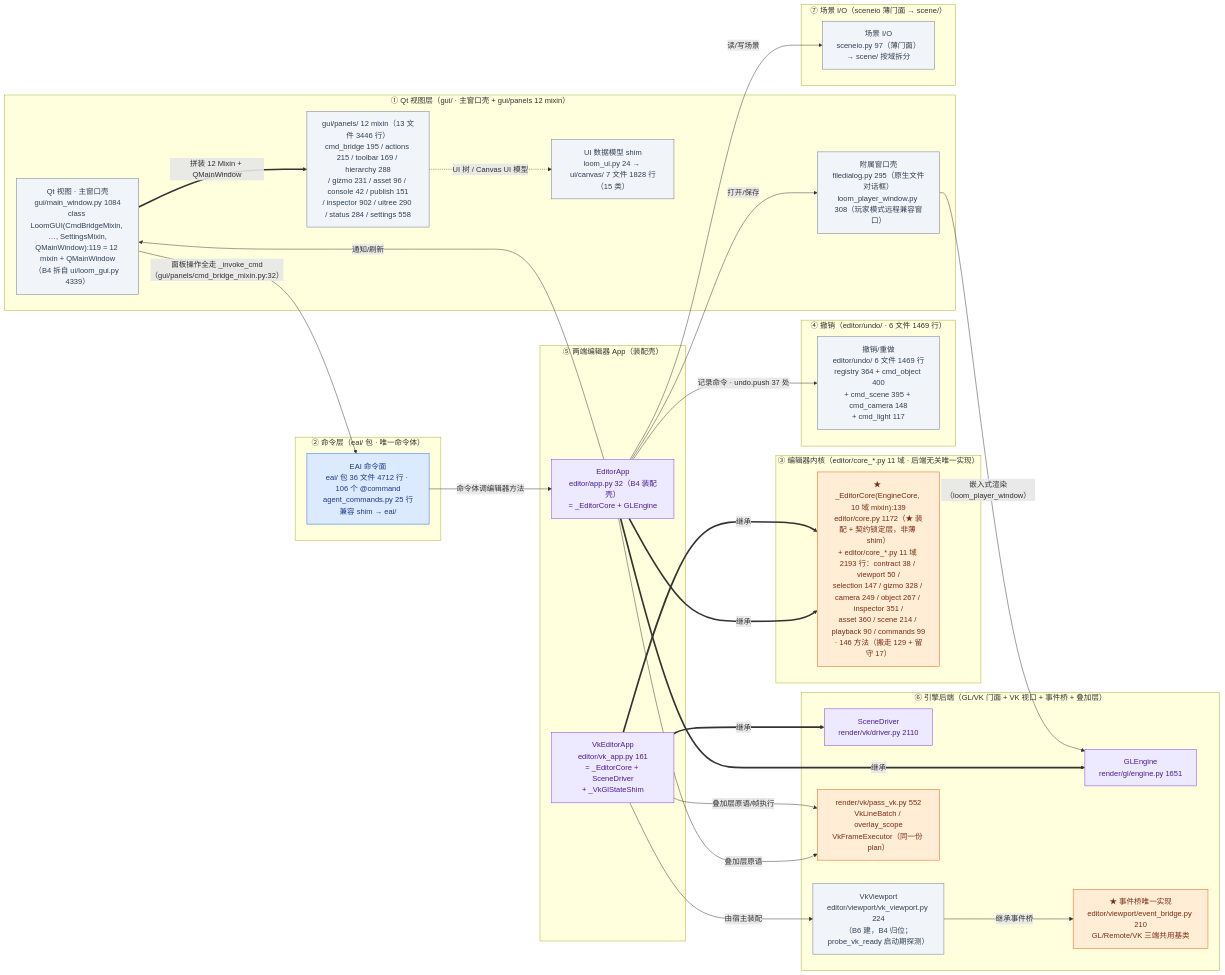
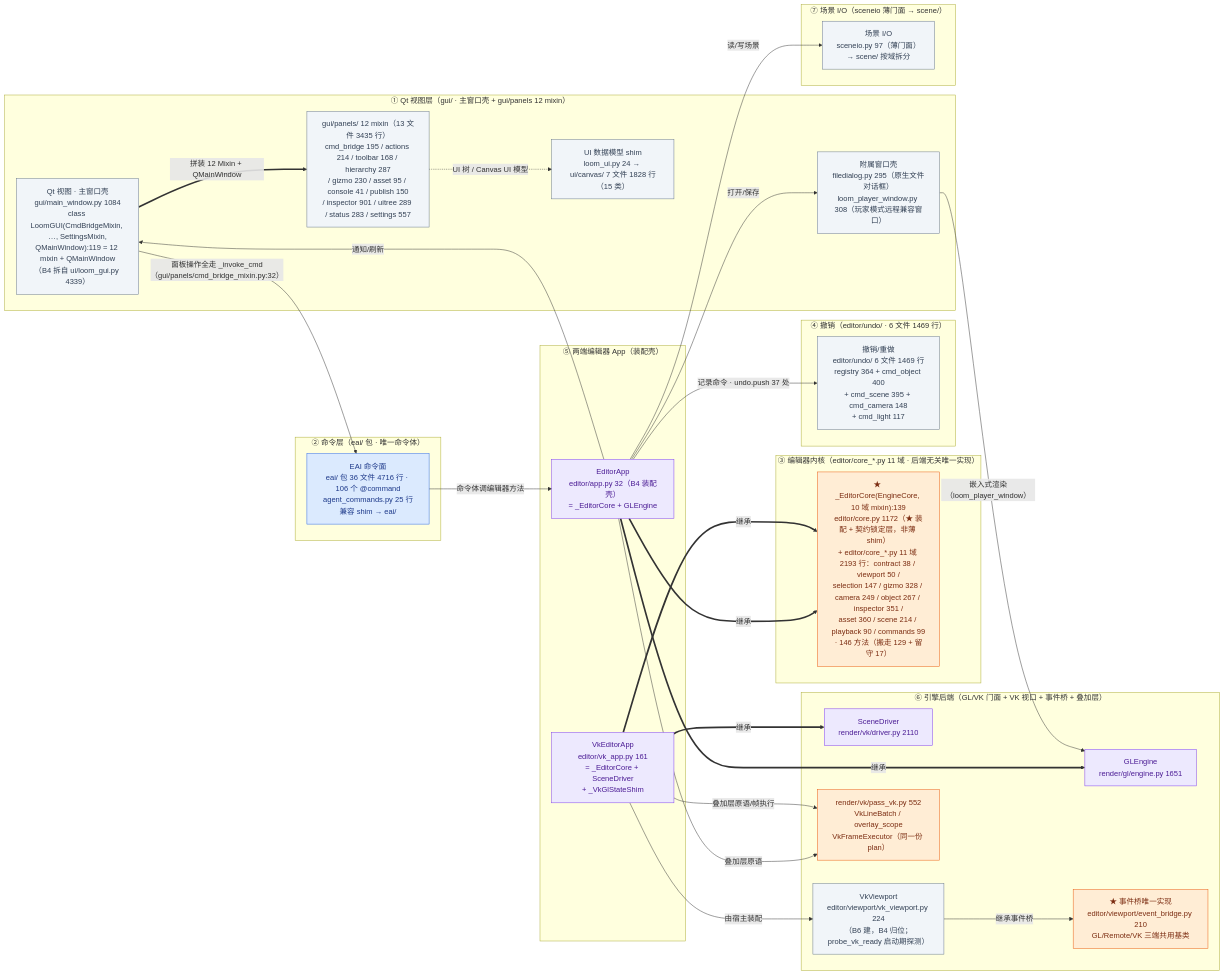
One commit to lhy302/WeaveEngine changed the tenth of 23 diagrams in ARCHITECTURE.md. Above: the diagram before and after it, drawn with Mermaid. The commit also changed other lines of this file, not shown here.

Commit message:
docs: ARCHITECTURE.md 台账同步到 HEAD 9441f6c（只读审核 17 处漂移全部更正 + 聚合收口 242→245 个 .py/67898 行 + 图19 收录 43 门 + 如实登记 mouse_lock ④ 间歇假红）

````diff
--- a/ARCHITECTURE.md
+++ b/ARCHITECTURE.md
@@ -616,53 +624,53 @@
 ```mermaid
 flowchart LR
   subgraph QT["① Qt 视图层（gui/ · 主窗口壳 + gui/panels 12 mixin）"]
     V["Qt 视图 · 主窗口壳<br/>gui/main_window.py 1084<br/>class LoomGUI(CmdBridgeMixin, …, SettingsMixin,<br/>QMainWindow):119 = 12 mixin + QMainWindow<br/>（B4 拆自 ui/loom_gui.py 4339）"]:::file
-    P["gui/panels/ 12 mixin（13 文件 3446 行）<br/>cmd_bridge 195 / actions 215 / toolbar 169 / hierarchy 288<br/>/ gizmo 231 / asset 96 / console 42 / publish 151<br/>/ inspector 902 / uitree 290 / status 284 / settings 558"]:::file
+    P["gui/panels/ 12 mixin（13 文件 3435 行）<br/>cmd_bridge 195 / actions 214 / toolbar 168 / hierarchy 287<br/>/ gizmo 230 / asset 95 / console 41 / publish 150<br/>/ inspector 901 / uitree 289 / status 283 / settings 557"]:::file
     AFX["附属窗口壳<br/>filedialog.py 295（原生文件对话框）<br/>loom_player_window.py 308（玩家模式远程兼容窗口）"]:::file
     LU["UI 数据模型 shim<br/>loom_ui.py 24 → ui/canvas/ 7 文件 1828 行（15 类）"]:::file
   end
   subgraph CMD["② 命令层（eai/ 包 · 唯一命令体）"]
-    EAI["EAI 命令面<br/>eai/ 包 36 文件 4712 行 · 106 个 @command<br/>agent_commands.py 25 行兼容 shim → eai/"]:::entry
+    EAI["EAI 命令面<br/>eai/ 包 36 文件 4716 行 · 106 个 @command<br/>agent_commands.py 25 行兼容 shim → eai/"]:::entry
   end
   subgraph KERN["③ 编辑器内核（editor/core_*.py 11 域 · 后端无关唯一实现）"]
     COR["★ _EditorCore(EngineCore, 10 域 mixin):139<br/>editor/core.py 1172（★ 装配 + 契约锁定层，非薄 shim）<br/>+ editor/core_*.py 11 域 2193 行：contract 38 / viewport 50 /<br/>selection 147 / gizmo 328 / camera 249 / object 267 / inspector 351 /<br/>asset 360 / scene 214 / playback 90 / commands 99<br/>· 146 方法（搬走 129 + 留守 17）"]:::contract
   end
   subgraph UNDODOM["④ 撤销（editor/undo/ · 6 文件 1469 行）"]
     U["撤销/重做<br/>editor/undo/ 6 文件 1469 行<br/>registry 364 + cmd_object 400<br/>+ cmd_scene 395 + cmd_camera 148<br/>+ cmd_light 117"]:::file
   end
   subgraph APPDOM["⑤ 两端编辑器 App（装配壳）"]
     ED["EditorApp<br/>editor/app.py 32（B4 装配壳）<br/>= _EditorCore + GLEngine"]:::facade
     VKE["VkEditorApp<br/>editor/vk_app.py 161<br/>= _EditorCore + SceneDriver<br/>+ _VkGlStateShim"]:::facade
   end
   subgraph ENGINEDOM["⑥ 引擎后端（GL/VK 门面 + VK 视口 + 事件桥 + 叠加层）"]
     GE["GLEngine<br/>render/gl/engine.py 1651"]:::facade
     SDV["SceneDriver<br/>render/vk/driver.py 2110"]:::facade
     VKV["VkViewport<br/>editor/viewport/vk_viewport.py 224<br/>（B6 建，B4 归位；probe_vk_ready 启动期探测）"]:::file
     EB["★ 事件桥唯一实现<br/>editor/viewport/event_bridge.py 210<br/>GL/Remote/VK 三端共用基类"]:::contract
     LPV["render/vk/pass_vk.py 552<br/>VkLineBatch / overlay_scope<br/>VkFrameExecutor（同一份 plan）"]:::contract
   end
   subgraph SCENEDOM["⑦ 场景 I/O（sceneio 薄门面 → scene/）"]
     S["场景 I/O<br/>sceneio.py 97（薄门面）<br/>→ scene/ 按域拆分"]:::file
   end
   ED ==>|继承| GE
   ED ==>|继承| COR
   VKE ==>|继承| COR
   VKE ==>|继承| SDV
   VKE -->|由宿主装配| VKV
   VKV -->|继承事件桥| EB
   ED -->|通知/刷新| V
   V ==>|拼装 12 Mixin + QMainWindow| P
   P -.->|UI 树 / Canvas UI 模型| LU
   V -->|面板操作全走 _invoke_cmd（gui/panels/cmd_bridge_mixin.py:32）| EAI
   ED -->|叠加层原语| LPV
   VKE -->|叠加层原语/帧执行| LPV
   ED -->|记录命令 · undo.push 37 处| U
   EAI -->|命令体调编辑器方法| ED
   ED -->|打开/保存| AFX
   AFX -->|嵌入式渲染（loom_player_window）| GE
   ED -->|读/写场景| S
   classDef entry fill:#dbeafe,stroke:#2563eb,color:#1e3a8a
   classDef facade fill:#ede9fe,stroke:#7c3aed,color:#4c1d95
   classDef file fill:#f1f5f9,stroke:#64748b,color:#334155
   classDef contract fill:#ffedd5,stroke:#ea580c,color:#7c2d12
 ```
````
